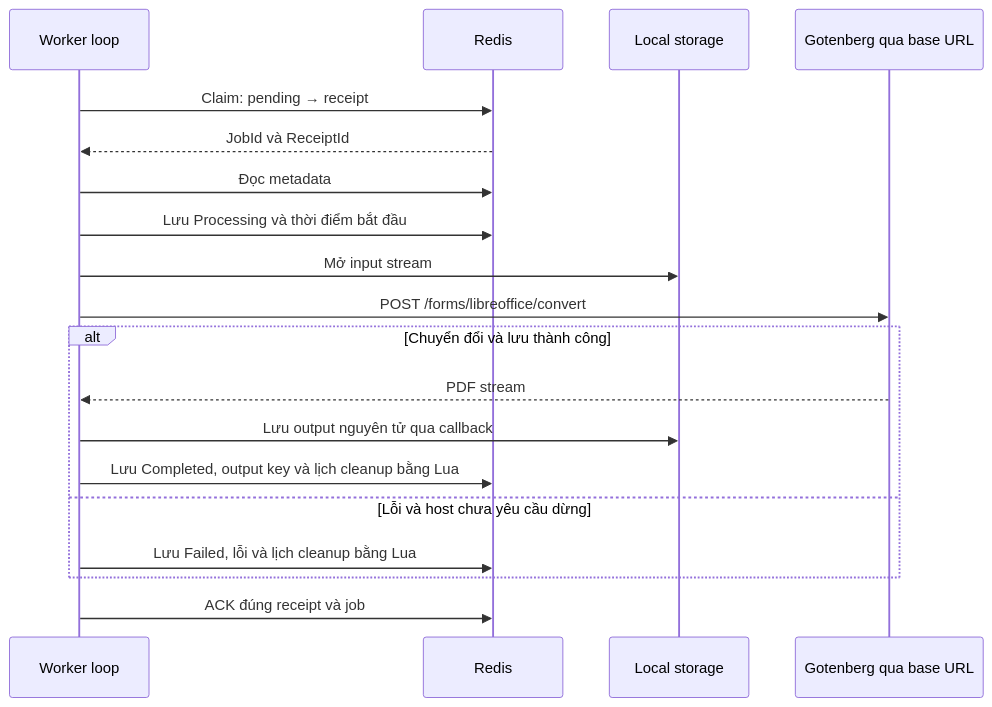
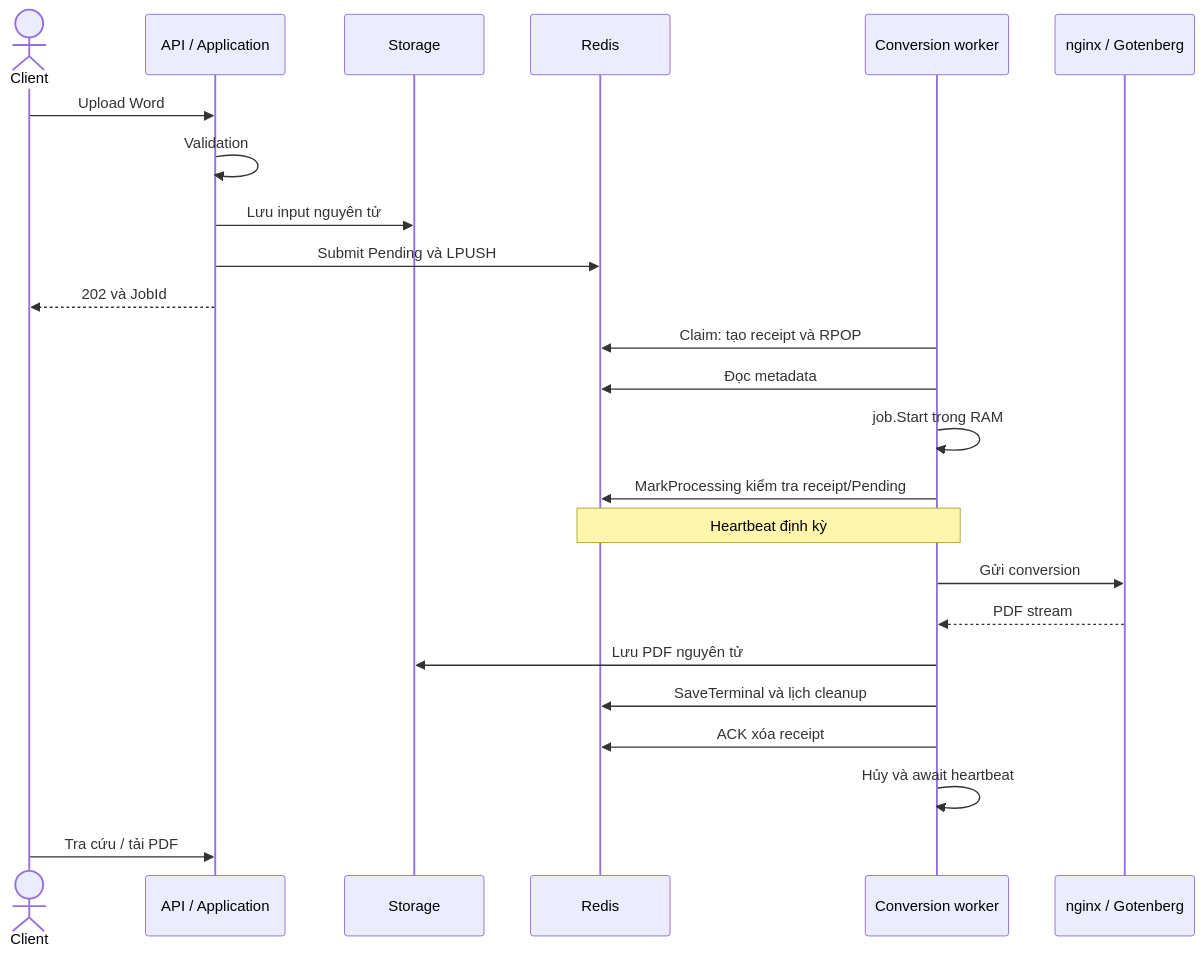
One commit to duongthuan0405/FileConverter changed the fourth of 4 diagrams in docs/BAO_CAO_TONG_QUAN_DU_AN.md. Above: the diagram before and after it, drawn with Mermaid. The commit also changed other lines of this file and 50 other files, not shown here.

````diff
--- a/docs/BAO_CAO_TONG_QUAN_DU_AN.md
+++ b/docs/BAO_CAO_TONG_QUAN_DU_AN.md
@@ -372,21 +669,26 @@
 ```mermaid
 sequenceDiagram
-    participant W as Worker loop
+    actor C as Client
+    participant A as API / Application
+    participant S as Storage
     participant R as Redis
-    participant S as Local storage
-    participant G as Gotenberg qua base URL
-    W->>R: Claim: pending → receipt
-    R-->>W: JobId và ReceiptId
+    participant W as Conversion worker
+    participant G as nginx / Gotenberg
+    C->>A: Upload Word
+    A->>A: Validation
+    A->>S: Lưu input nguyên tử
+    A->>R: Submit Pending và LPUSH
+    A-->>C: 202 và JobId
+    W->>R: Claim: tạo receipt và RPOP
     W->>R: Đọc metadata
-    W->>R: Lưu Processing và thời điểm bắt đầu
-    W->>S: Mở input stream
-    W->>G: POST /forms/libreoffice/convert
-    alt Chuyển đổi và lưu thành công
-        G-->>W: PDF stream
-        W->>S: Lưu output nguyên tử qua callback
-        W->>R: Lưu Completed, output key và lịch cleanup bằng Lua
-    else Lỗi và host chưa yêu cầu dừng
-        W->>R: Lưu Failed, lỗi và lịch cleanup bằng Lua
-    end
-    W->>R: ACK đúng receipt và job
+    W->>W: job.Start trong RAM
+    W->>R: MarkProcessing kiểm tra receipt/Pending
+    Note over W,R: Heartbeat định kỳ
+    W->>G: Gửi conversion
+    G-->>W: PDF stream
+    W->>S: Lưu PDF nguyên tử
+    W->>R: SaveTerminal và lịch cleanup
+    W->>R: ACK xóa receipt
+    W->>W: Hủy và await heartbeat
+    C->>A: Tra cứu / tải PDF
 ```
````
